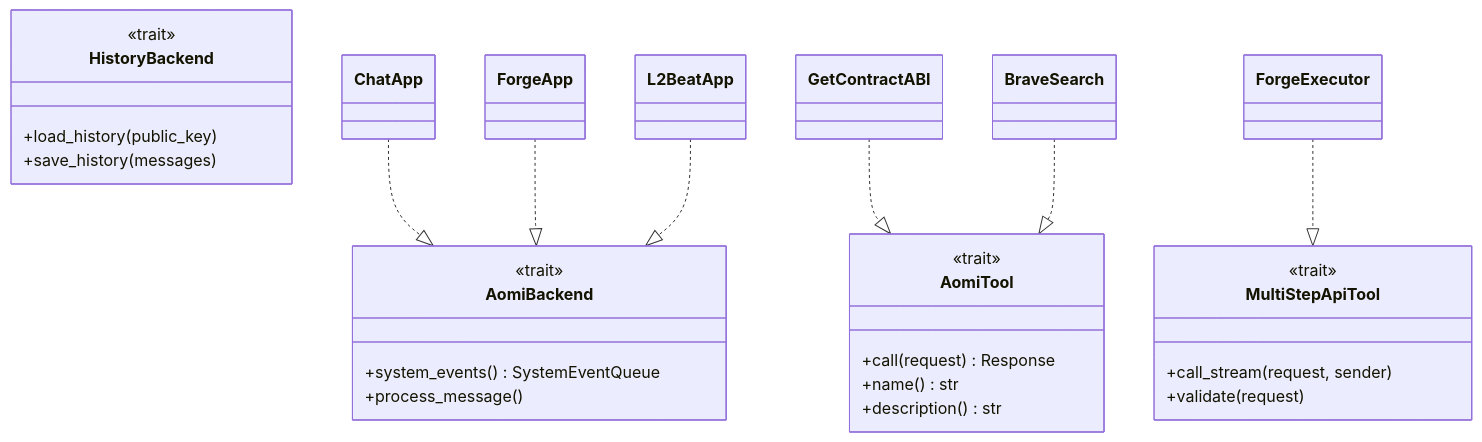
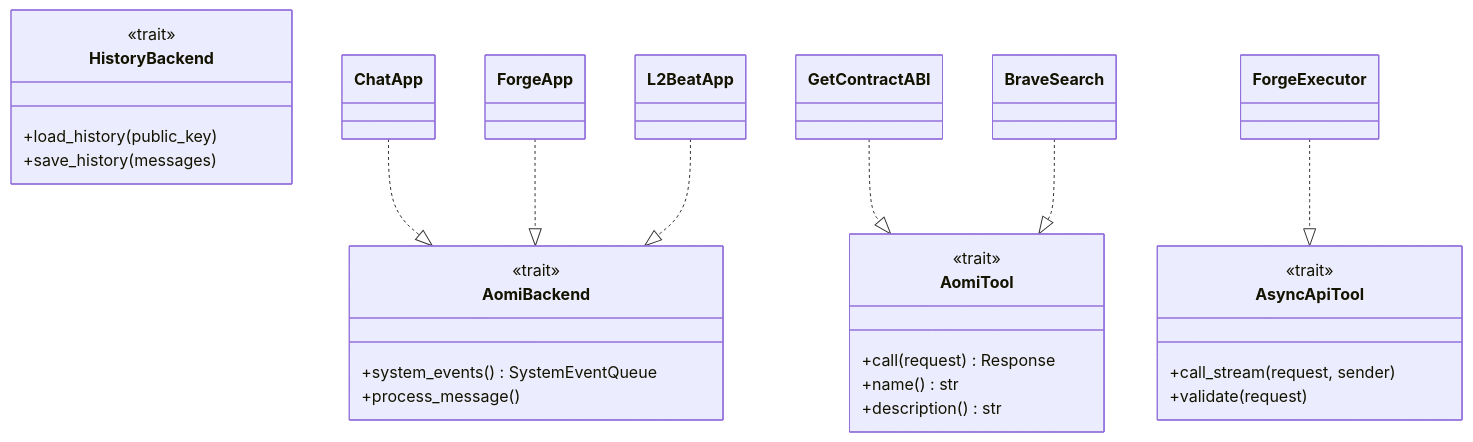
The fifth of 7 diagrams in docs/architecture.md (aomi-labs/product-mono), drawn with Mermaid before and after one commit. The commit also changed other lines of this file and 30 other files, not shown here.

````diff
--- a/docs/architecture.md
+++ b/docs/architecture.md
@@ -270,36 +270,36 @@
 ```mermaid
 classDiagram
     class AomiBackend {
         <<trait>>
         +system_events() SystemEventQueue
         +process_message()
     }
 
     class AomiTool {
         <<trait>>
         +call(request) Response
         +name() str
         +description() str
     }
 
-    class MultiStepApiTool {
+    class AsyncApiTool {
         <<trait>>
         +call_stream(request, sender)
         +validate(request)
     }
 
     class HistoryBackend {
         <<trait>>
         +load_history(public_key)
         +save_history(messages)
     }
 
     ChatApp ..|> AomiBackend
     ForgeApp ..|> AomiBackend
     L2BeatApp ..|> AomiBackend
 
     GetContractABI ..|> AomiTool
     BraveSearch ..|> AomiTool
 
-    ForgeExecutor ..|> MultiStepApiTool
+    ForgeExecutor ..|> AsyncApiTool
 ```
````
